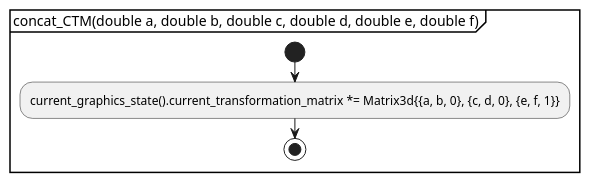
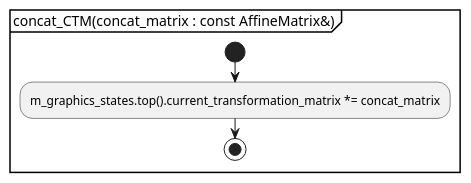
One commit to KodaiYM/PDFReader changed the first of 6 diagrams in document/document_reader/page_tree_parser/page_parser/contents_parser/pdfcontents_builder/pdfcontents_builder.activity.pu. Above: the diagram before and after it, drawn with PlantUML. The commit also changed other lines of this file and 24 other files, not shown here.

```diff
--- a/document/document_reader/page_tree_parser/page_parser/contents_parser/pdfcontents_builder/pdfcontents_builder.activity.pu
+++ b/document/document_reader/page_tree_parser/page_parser/contents_parser/pdfcontents_builder/pdfcontents_builder.activity.pu
@@ -1,7 +1,7 @@
 @startuml concat_CTM
-partition "concat_CTM(double a, double b, double c, double d, double e, double f)" {
+partition "concat_CTM(concat_matrix : const AffineMatrix&)" {
 start
-	:current_graphics_state().current_transformation_matrix *= Matrix3d{{a, b, 0}, {c, d, 0}, {e, f, 1}};
+	:m_graphics_states.top().current_transformation_matrix *= concat_matrix;
 stop
 }
 @enduml
```
